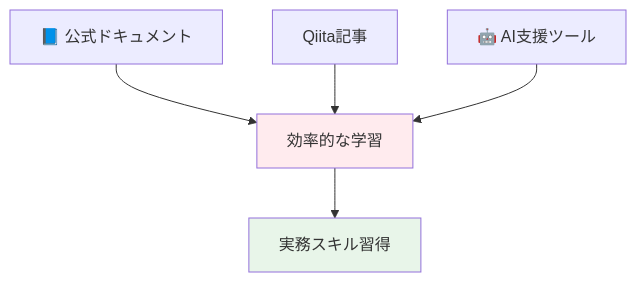
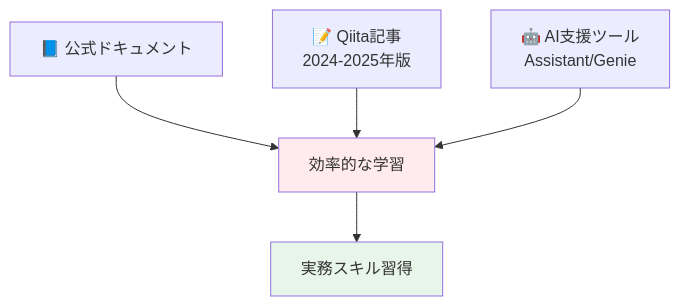
Diagram 14 of 14 in public/databricks-beginner-learning-path.md (taka-yayoi/qiita-articles), drawn with Mermaid before and after one commit. The commit also changed other lines of this file, not shown here.

First line of the commit message:
学習ガイドを全面再構成：最新記事を厳選し、意味のある図のみに整理

````diff
--- a/public/databricks-beginner-learning-path.md
+++ b/public/databricks-beginner-learning-path.md
@@ -683,10 +699,10 @@
 ```mermaid
 graph TD
     A[📘 公式ドキュメント] --> C[効率的な学習]
-    B[Qiita記事] --> C
-    D[🤖 AI支援ツール] --> C
+    B[📝 Qiita記事<br/>2024-2025年版] --> C
+    D[🤖 AI支援ツール<br/>Assistant/Genie] --> C
     C --> E[実務スキル習得]
 
     style C fill:#ffebee
     style E fill:#e8f5e9
 ```
````
